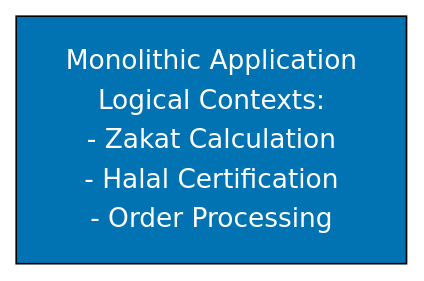
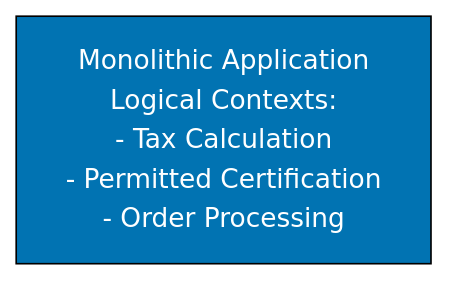
Diagram 14 of 16 in docs/explanation/software/architecture/domain-driven-design-ddd/ex-so-ar-dodrdedd__04-context-mapping.md (wahidyankf/open-sharia-enterprise), drawn with Mermaid before and after one commit. The commit also changed other lines of this file and 94 other files, not shown here.

````diff
--- a/docs/explanation/software/architecture/domain-driven-design-ddd/ex-so-ar-dodrdedd__04-context-mapping.md
+++ b/docs/explanation/software/architecture/domain-driven-design-ddd/ex-so-ar-dodrdedd__04-context-mapping.md
@@ -787,6 +782,6 @@
 ```mermaid
 graph TD
-    MONO[Monolithic Application<br/>Logical Contexts:<br/>- Zakat Calculation<br/>- Halal Certification<br/>- Order Processing]
+    MONO[Monolithic Application<br/>Logical Contexts:<br/>- Tax Calculation<br/>- Permitted Certification<br/>- Order Processing]
 
     style MONO fill:#0173B2,stroke:#000,color:#FFFFFF
 ```
````
